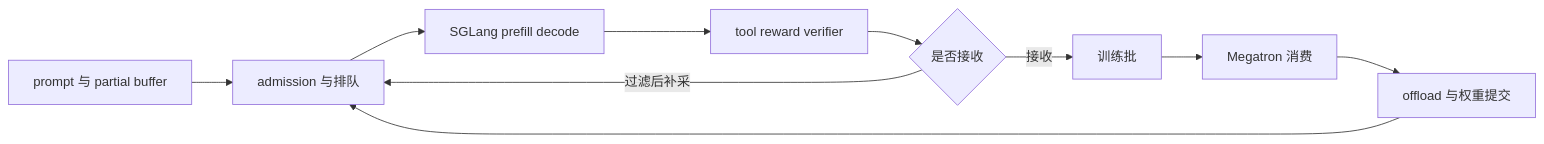
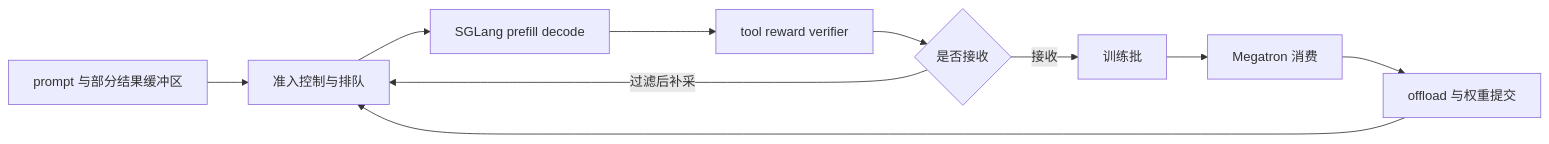
The diagram in wiki/02_engineering/04_posttrain_frameworks/slime/30_slime_rollout_optimization_analysis.md (suhaibo666/llm-knowledge), drawn with Mermaid before and after one commit. The commit also changed other lines of this file and 21 other files, not shown here.

````diff
--- a/wiki/02_engineering/04_posttrain_frameworks/slime/30_slime_rollout_optimization_analysis.md
+++ b/wiki/02_engineering/04_posttrain_frameworks/slime/30_slime_rollout_optimization_analysis.md
@@ -17,12 +17,12 @@
 ```mermaid
 flowchart LR
-    A["prompt 与 partial buffer"] --> B["admission 与排队"]
+    A["prompt 与部分结果缓冲区"] --> B["准入控制与排队"]
     B --> C["SGLang prefill decode"]
     C --> D["tool reward verifier"]
     D --> E{"是否接收"}
     E -->|接收| F["训练批"]
     E -->|过滤后补采| B
     F --> G["Megatron 消费"]
     G --> H["offload 与权重提交"]
     H --> B
 ```
````
